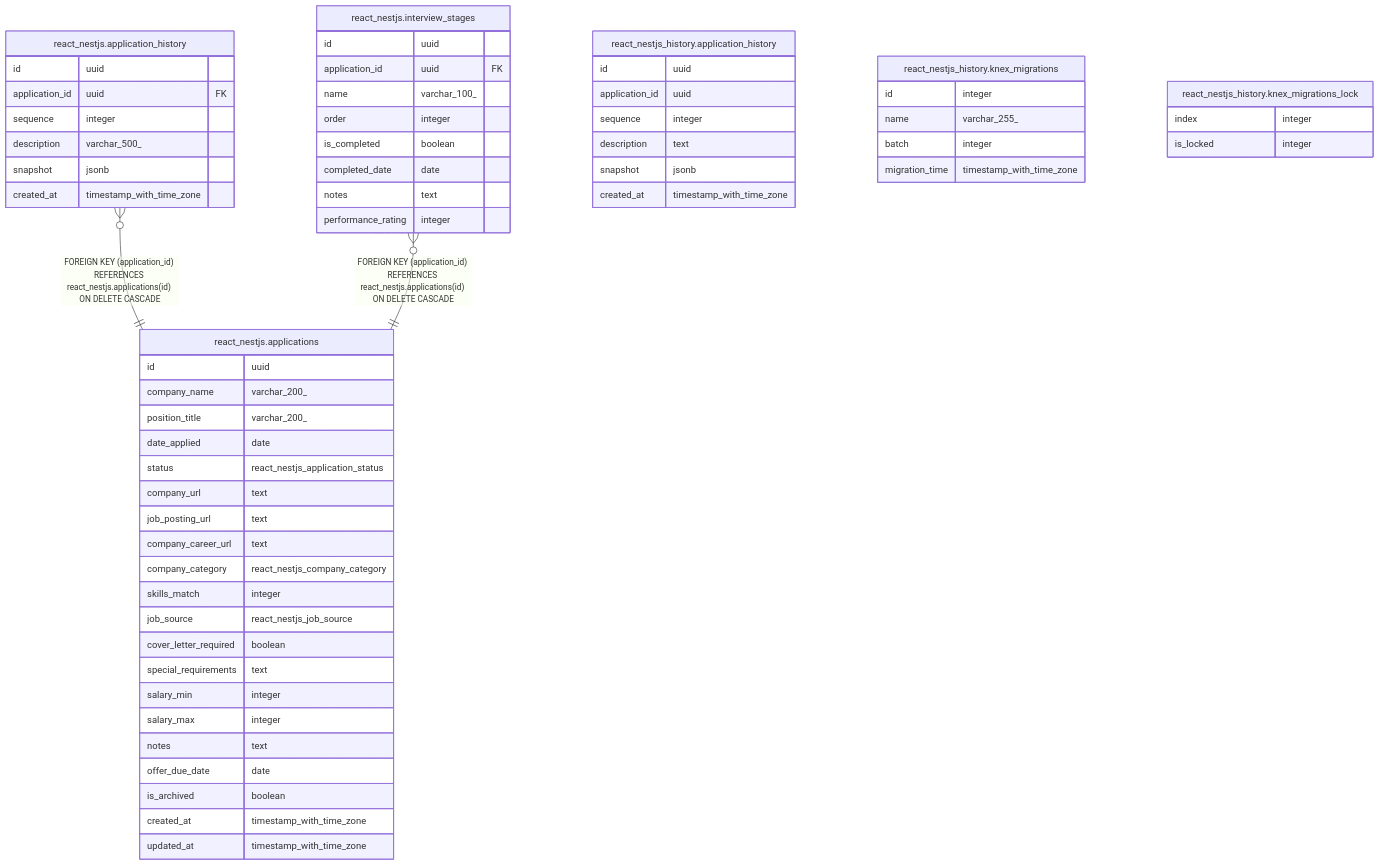
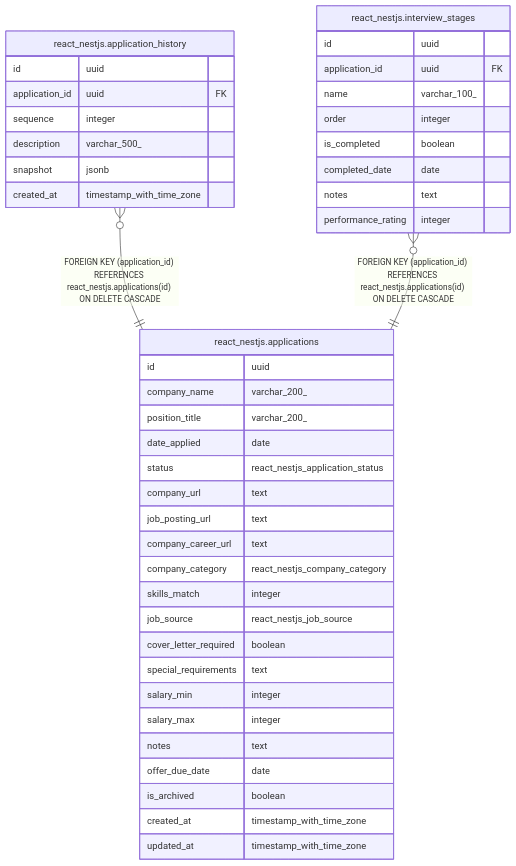
One commit to WhatIfWeDigDeeper/application-tracker changed the diagram in docs/schema/react-nestjs/README.md. Above: the diagram before and after it, drawn with Mermaid. The commit also changed other lines of this file and 23 other files, not shown here.

First line of the commit message:
fix(docs): strip foreign-schema bleed from per-stack schema docs

````diff
--- a/docs/schema/react-nestjs/README.md
+++ b/docs/schema/react-nestjs/README.md
@@ -45,65 +21,47 @@
 ```mermaid
 erDiagram
 
 "react_nestjs.application_history" }o--|| "react_nestjs.applications" : "FOREIGN KEY (application_id) REFERENCES react_nestjs.applications(id) ON DELETE CASCADE"
 "react_nestjs.interview_stages" }o--|| "react_nestjs.applications" : "FOREIGN KEY (application_id) REFERENCES react_nestjs.applications(id) ON DELETE CASCADE"
 
 "react_nestjs.application_history" {
   id uuid
   application_id uuid FK
   sequence integer
   description varchar_500_
   snapshot jsonb
   created_at timestamp_with_time_zone
 }
 "react_nestjs.applications" {
   id uuid
   company_name varchar_200_
   position_title varchar_200_
   date_applied date
   status react_nestjs_application_status
   company_url text
   job_posting_url text
   company_career_url text
   company_category react_nestjs_company_category
   skills_match integer
   job_source react_nestjs_job_source
   cover_letter_required boolean
   special_requirements text
   salary_min integer
   salary_max integer
   notes text
   offer_due_date date
   is_archived boolean
   created_at timestamp_with_time_zone
   updated_at timestamp_with_time_zone
 }
 "react_nestjs.interview_stages" {
   id uuid
   application_id uuid FK
   name varchar_100_
   order integer
   is_completed boolean
   completed_date date
   notes text
   performance_rating integer
 }
-"react_nestjs_history.application_history" {
-  id uuid
-  application_id uuid
-  sequence integer
-  description text
-  snapshot jsonb
-  created_at timestamp_with_time_zone
-}
-"react_nestjs_history.knex_migrations" {
-  id integer
-  name varchar_255_
-  batch integer
-  migration_time timestamp_with_time_zone
-}
-"react_nestjs_history.knex_migrations_lock" {
-  index integer
-  is_locked integer
-}
 ```
````
